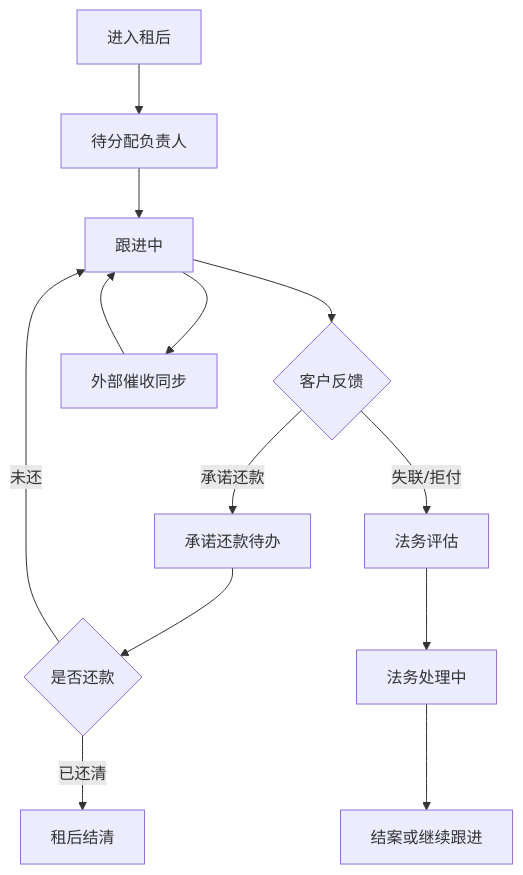
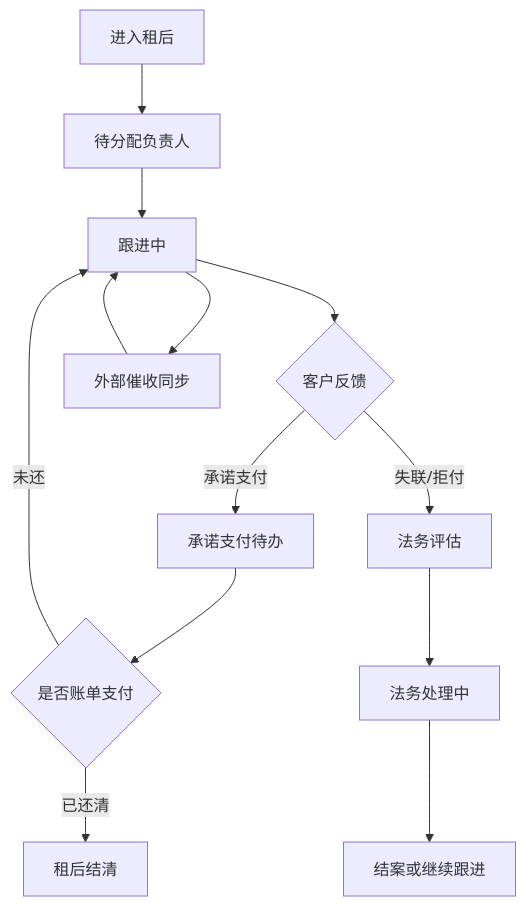
The diagram in PRD/V0.2/modules/运营端/租后管理/02_租后详情与外部催收同步.md (joezjyan-bot/mandian-prd), drawn with Mermaid before and after one commit. The commit also changed other lines of this file and 141 other files, not shown here.

````diff
--- a/PRD/V0.2/modules/运营端/租后管理/02_租后详情与外部催收同步.md
+++ b/PRD/V0.2/modules/运营端/租后管理/02_租后详情与外部催收同步.md
@@ -172,15 +172,15 @@
 ```mermaid
 flowchart TD
     A["进入租后"] --> B["待分配负责人"]
     B --> C["跟进中"]
     C --> D{"客户反馈"}
-    D -->|承诺还款| E["承诺还款待办"]
-    E --> F{"是否还款"}
+    D -->|承诺支付| E["承诺支付待办"]
+    E --> F{"是否账单支付"}
     F -->|已还清| G["租后结清"]
     F -->|未还| C
     D -->|失联/拒付| H["法务评估"]
     H --> I["法务处理中"]
     I --> J["结案或继续跟进"]
     C --> K["外部催收同步"]
     K --> C
 ```
````
